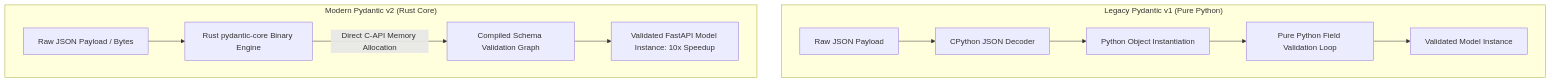
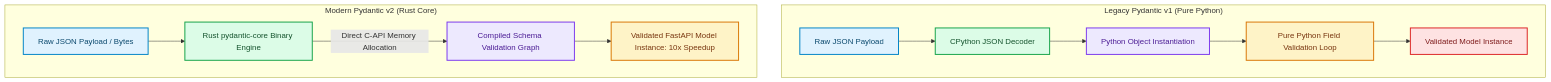
One commit to akmalkhaniub/akmalkhaniub.github.io changed the diagram in blog/posts/fastapi-schema-serialization-speedups-pydantic-v2.md. Above: the diagram before and after it, drawn with Mermaid. The commit also changed other lines of this file and 1291 other files, not shown here.

First line of the commit message:
feat(catalog): unique covers, scholarly references, and diagram palettes

````diff
--- a/blog/posts/fastapi-schema-serialization-speedups-pydantic-v2.md
+++ b/blog/posts/fastapi-schema-serialization-speedups-pydantic-v2.md
@@ -15,15 +15,26 @@
 ```mermaid
 flowchart TD
   subgraph SG1_LegacyPydanticV1 ["Legacy Pydantic v1 (Pure Python)"]
-    A[Raw JSON Payload] --> B[CPython JSON Decoder]
-    B --> C[Python Object Instantiation]
-    C --> D[Pure Python Field Validation Loop]
-    D --> E[Validated Model Instance]
+    A["Raw JSON Payload"] --> B["CPython JSON Decoder"]
+    B --> C["Python Object Instantiation"]
+    C --> D["Pure Python Field Validation Loop"]
+    D --> E["Validated Model Instance"]
   end
   
   subgraph SG2_ModernPydanticV2 ["Modern Pydantic v2 (Rust Core)"]
-    F[Raw JSON Payload / Bytes] --> G[Rust pydantic-core Binary Engine]
-    G -->|Direct C-API Memory Allocation| H[Compiled Schema Validation Graph]
-    H --> I[Validated FastAPI Model Instance: 10x Speedup]
+    F["Raw JSON Payload / Bytes"] --> G["Rust pydantic-core Binary Engine"]
+    G -->|Direct C-API Memory Allocation| H["Compiled Schema Validation Graph"]
+    H --> I["Validated FastAPI Model Instance: 10x Speedup"]
   end
+
+classDef green fill:#dcfce7,stroke:#16a34a,stroke-width:2px,color:#14532d;
+classDef red fill:#fee2e2,stroke:#dc2626,stroke-width:2px,color:#7f1d1d;
+classDef blue fill:#e0f2fe,stroke:#0284c7,stroke-width:2px,color:#0c4a6e;
+classDef yellow fill:#fef3c7,stroke:#d97706,stroke-width:2px,color:#78350f;
+classDef purple fill:#ede9fe,stroke:#7c3aed,stroke-width:2px,color:#4c1d95;
+class A,F blue
+class B,G green
+class C,H purple
+class D,I yellow
+class E red
 ```
````
